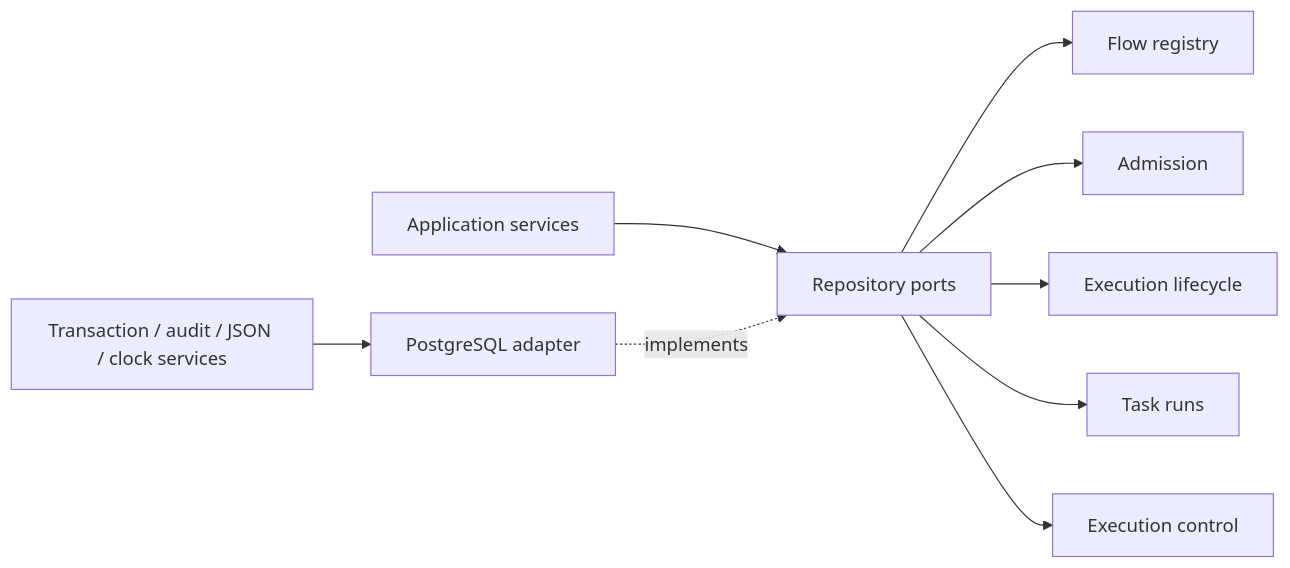
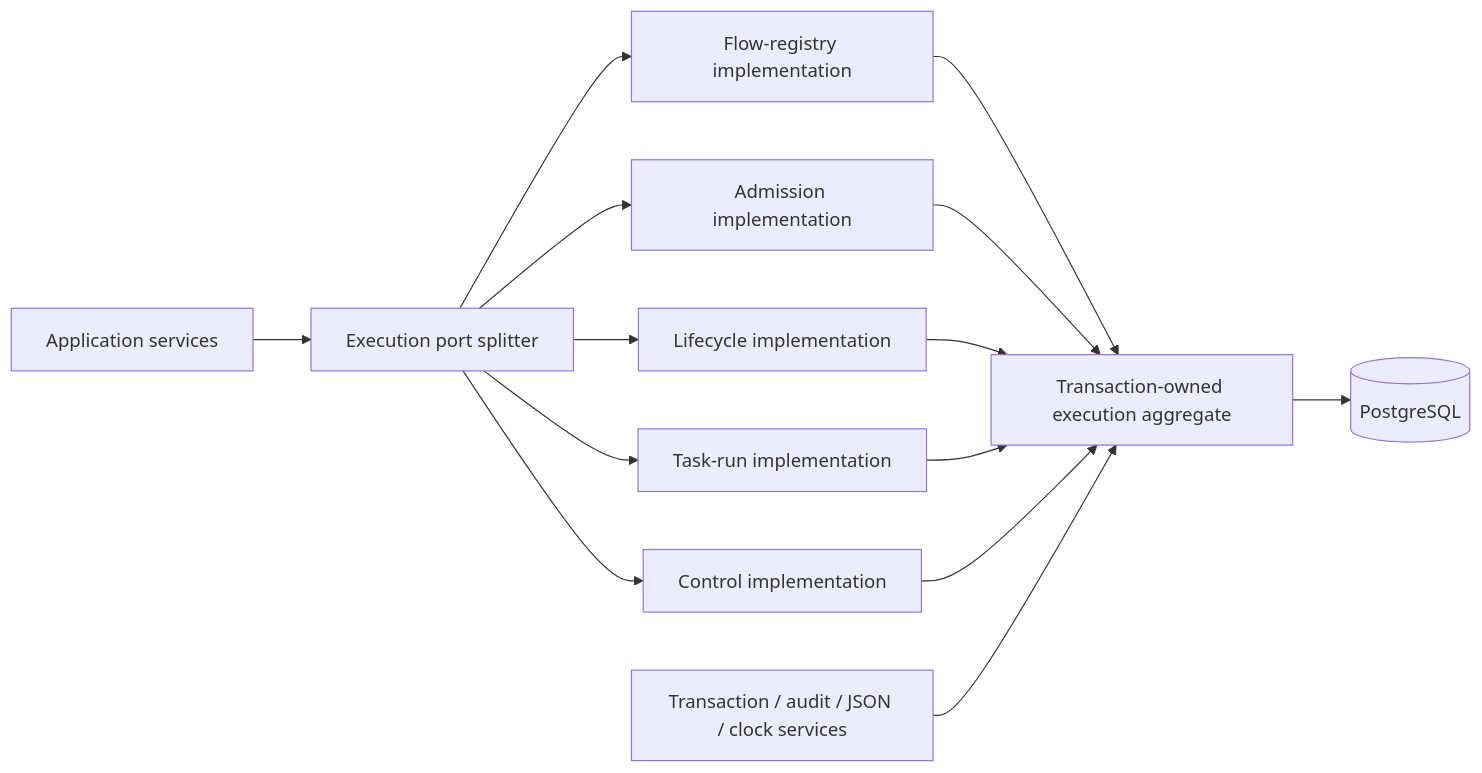
The diagram in docs/architecture/data-model.md (samchung95/amesh), drawn with Mermaid before and after one commit. The commit also changed other lines of this file and 67 other files, not shown here.

````diff
--- a/docs/architecture/data-model.md
+++ b/docs/architecture/data-model.md
@@ -84,11 +84,16 @@
 ```mermaid
 flowchart LR
-  App[Application services] --> Ports[Repository ports]
-  Ports --> Flow[Flow registry]
-  Ports --> Admission[Admission]
-  Ports --> Lifecycle[Execution lifecycle]
-  Ports --> Tasks[Task runs]
-  Ports --> Control[Execution control]
-  PG[PostgreSQL adapter] -. implements .-> Ports
-  Services[Transaction / audit / JSON / clock services] --> PG
+  App[Application services] --> Split[Execution port splitter]
+  Split --> Flow[Flow-registry implementation]
+  Split --> Admission[Admission implementation]
+  Split --> Lifecycle[Lifecycle implementation]
+  Split --> Tasks[Task-run implementation]
+  Split --> Control[Control implementation]
+  Flow --> Core[Transaction-owned execution aggregate]
+  Admission --> Core
+  Lifecycle --> Core
+  Tasks --> Core
+  Control --> Core
+  Services[Transaction / audit / JSON / clock services] --> Core
+  Core --> PG[(PostgreSQL)]
 ```
````
